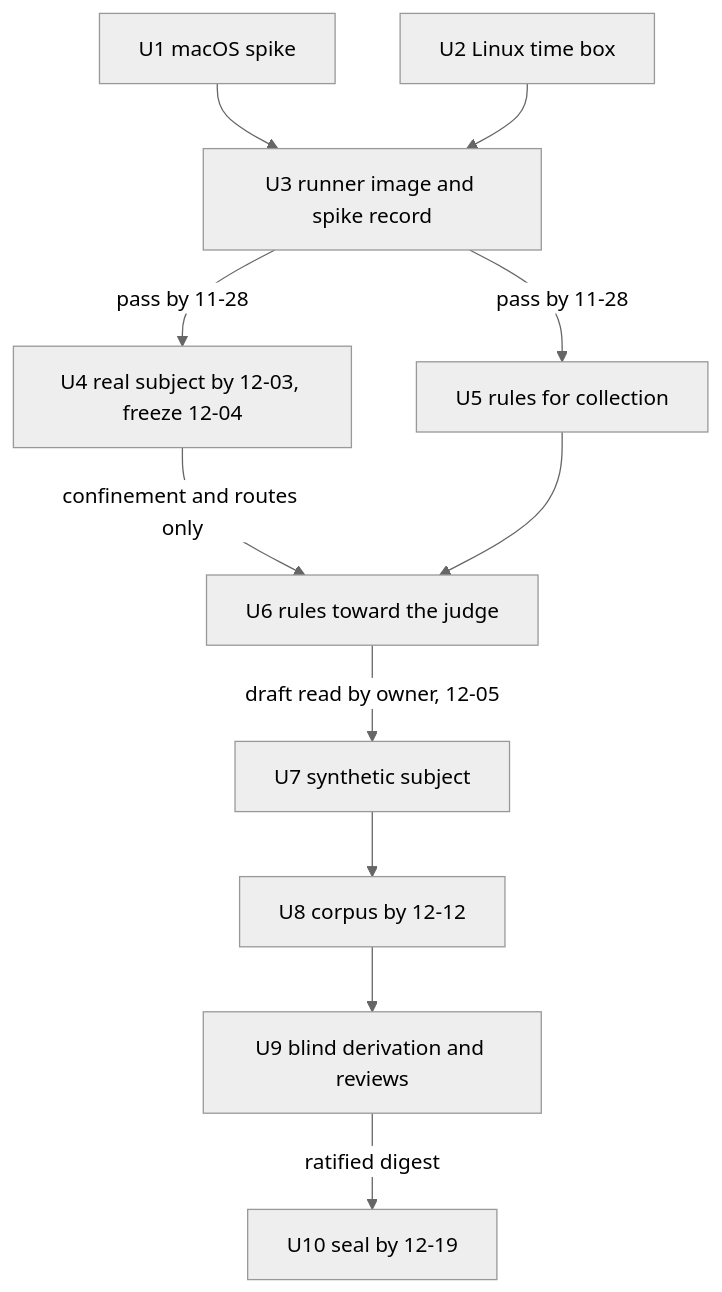
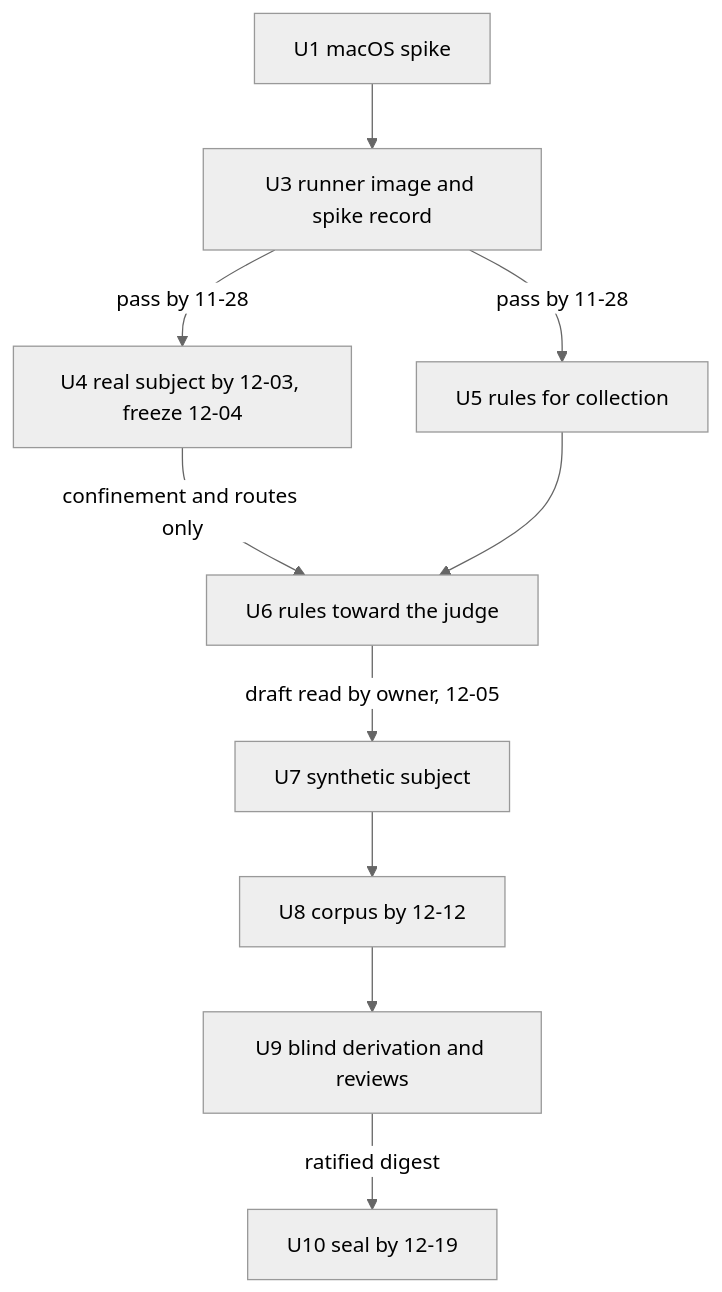
One commit to vinnyp/press-quality-lab changed the second of 6 diagrams in docs/plans/2026-11-21-2309-feat-conformance-collection-spec-plan.md. Above: the diagram before and after it, drawn with Mermaid (neutral theme). The commit also changed other lines of this file, not shown here.

````diff
--- a/docs/plans/2026-11-21-2309-feat-conformance-collection-spec-plan.md
+++ b/docs/plans/2026-11-21-2309-feat-conformance-collection-spec-plan.md
@@ -440,13 +443,12 @@
 ```mermaid
 flowchart TB
   U1[U1 macOS spike] --> U3[U3 runner image and spike record]
-  U2[U2 Linux time box] --> U3
   U3 -->|pass by 11-28| U4[U4 real subject by 12-03, freeze 12-04]
   U3 -->|pass by 11-28| U5[U5 rules for collection]
   U4 -->|confinement and routes only| U6
   U5 --> U6[U6 rules toward the judge]
   U6 -->|draft read by owner, 12-05| U7[U7 synthetic subject]
   U7 --> U8[U8 corpus by 12-12]
   U8 --> U9[U9 blind derivation and reviews]
   U9 -->|ratified digest| U10[U10 seal by 12-19]
 ```
````
